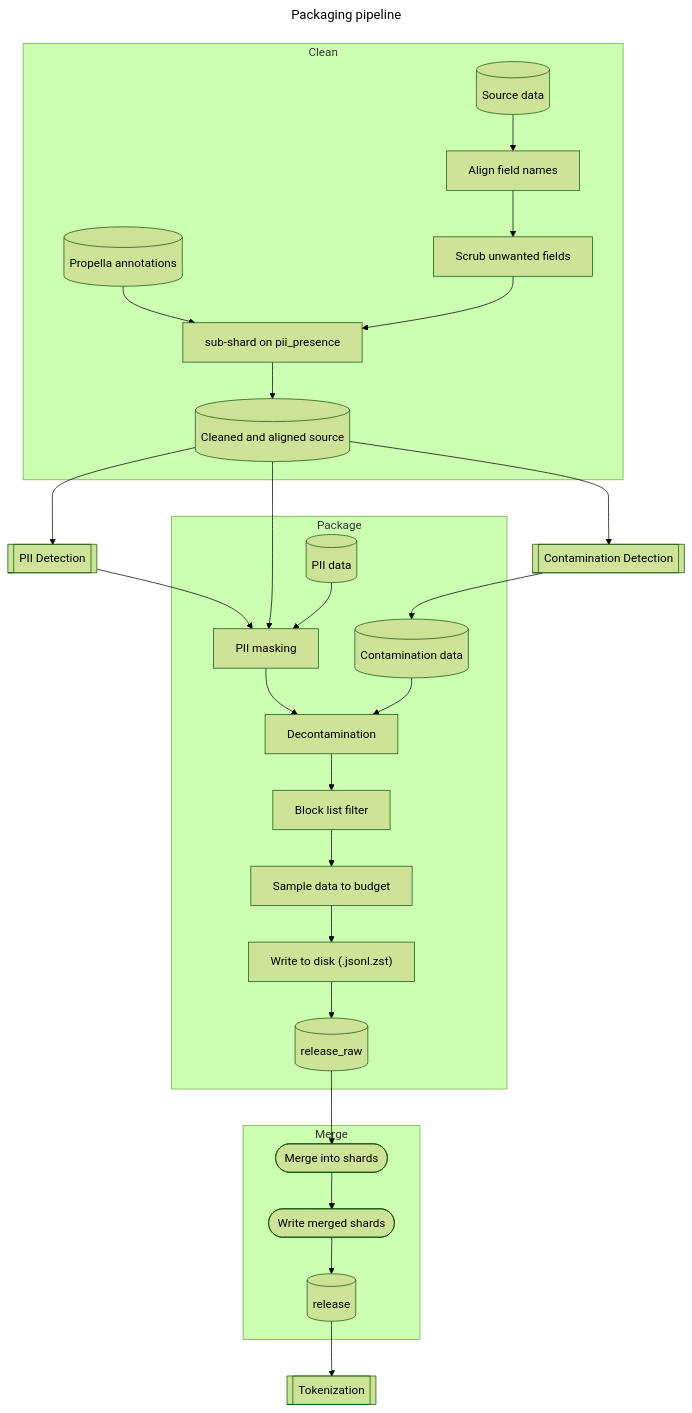
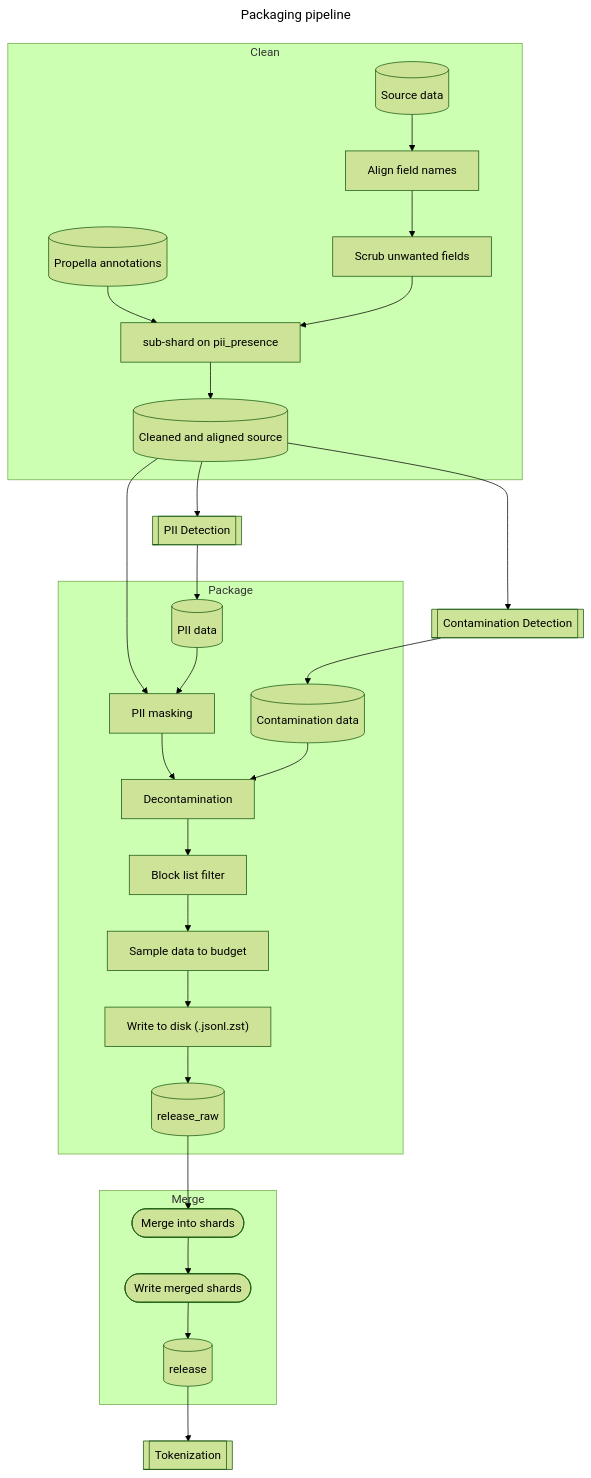
The diagram in docs/pipeline-flag.md (OpenEuroLLM/training-data-packer), drawn with Mermaid (forest theme) before and after one commit.

Commit message:
Fix faulty edge.

````diff
--- a/docs/pipeline-flag.md
+++ b/docs/pipeline-flag.md
@@ -110,33 +110,33 @@
 ```mermaid
 ---
 title: "Packaging pipeline"
 ---
 graph TD;
     subgraph Clean
         Source[(Source data)]-->Align["Align field names"]
         Align-->Scrub["Scrub unwanted fields"]
         Propella[(Propella annotations)]-->PIIShard
         Scrub-->PIIShard["sub-shard on pii_presence"]
         PIIShard-->CleanSource[(Cleaned and aligned source)]
     end
     CleanSource-->PIIDetection
-    PIIDetection[[PII Detection]]-->PII
+    PIIDetection[[PII Detection]]-->PIIdata
     CleanSource-->ContaminationDetection
     ContaminationDetection[[Contamination Detection]]-->ContaminationData
     subgraph Package
         CleanSource-->PII[PII masking]
         PII-->Contamination["Decontamination"]
         PIIdata[(PII data)]-->PII
         Contamination-->Block["Block list filter"]
         ContaminationData[(Contamination data)]-->Contamination
         Block-->Sampler["Sample data to budget"]
         Sampler-->Writer["Write to disk (.jsonl.zst)"]
         Writer-->ReleaseRaw[(release_raw)]
     end
     subgraph Merge
         ReleaseRaw-->Merger([Merge into shards])
         Merger-->ShardWriter([Write merged shards])
         ShardWriter-->Release[(release)]
     end
     Release-->Tokenization[[Tokenization]]
 ```
````
